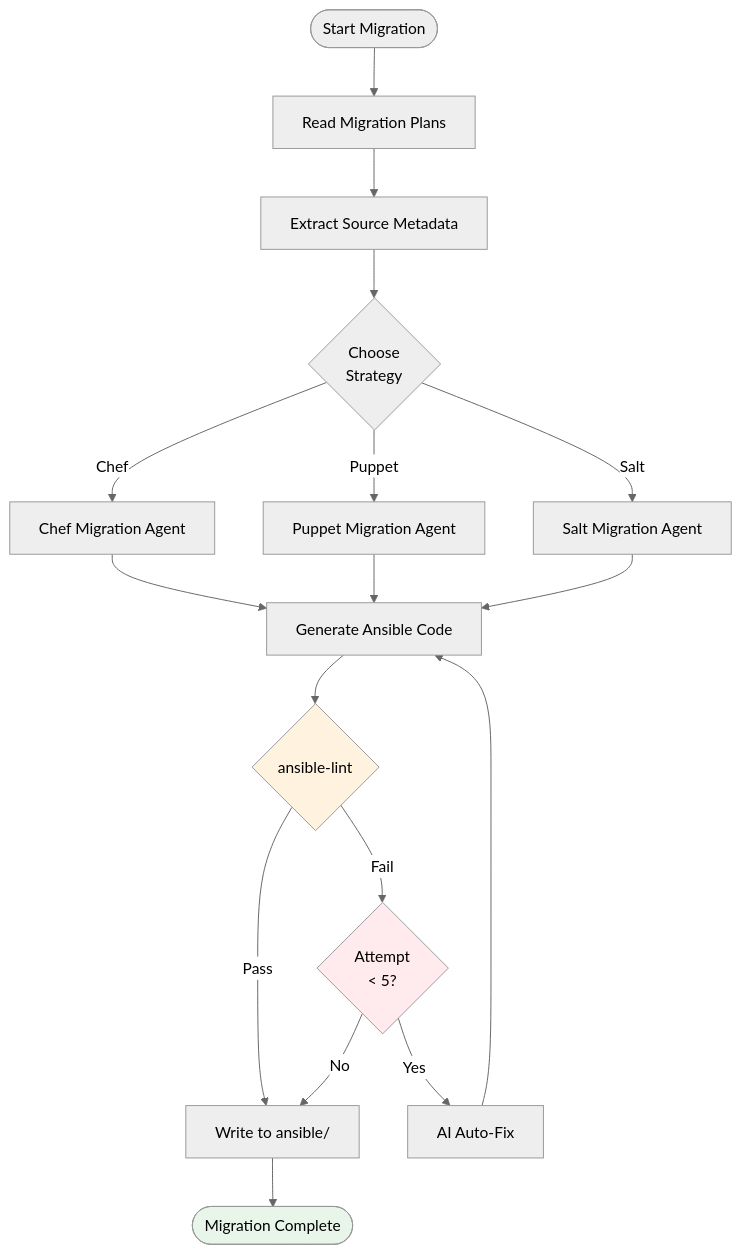
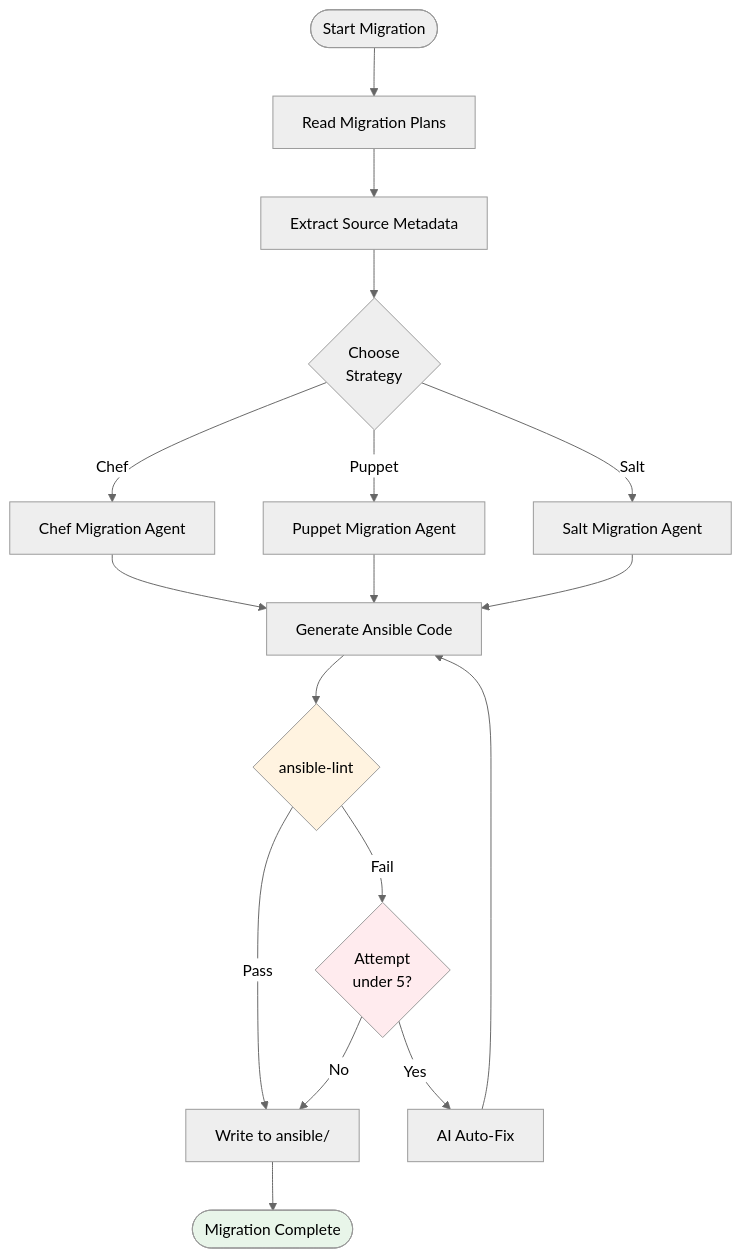
One commit to x2ansible/x2a-convertor changed the fourth of 7 diagrams in docs/concepts/workflow.md. Above: the diagram before and after it, drawn with Mermaid (neutral theme). The commit also changed other lines of this file and 2 other files, not shown here.

````diff
--- a/docs/concepts/workflow.md
+++ b/docs/concepts/workflow.md
@@ -238,29 +236,29 @@
 ```mermaid
 flowchart TB
     Start([Start Migration]) --> Read[Read Migration Plans]
     Read --> Meta[Extract Source Metadata]
     Meta --> Choose{Choose<br/>Strategy}
 
     Choose -->|Chef| ChefMigrate[Chef Migration Agent]
     Choose -->|Puppet| PuppetMigrate[Puppet Migration Agent]
     Choose -->|Salt| SaltMigrate[Salt Migration Agent]
 
     ChefMigrate --> Generate[Generate Ansible Code]
     PuppetMigrate --> Generate
     SaltMigrate --> Generate
 
     Generate --> Lint{ansible-lint}
 
     Lint -->|Pass| Output[Write to ansible/]
-    Lint -->|Fail| Count{Attempt<br/>< 5?}
+    Lint -->|Fail| Count{Attempt<br/>under 5?}
 
     Count -->|Yes| Fix[AI Auto-Fix]
     Fix --> Generate
     Count -->|No| Output
 
     Output --> Done([Migration Complete])
 
     style Lint fill:#fff3e0
     style Count fill:#ffebee
     style Done fill:#e8f5e9
 ```
````
